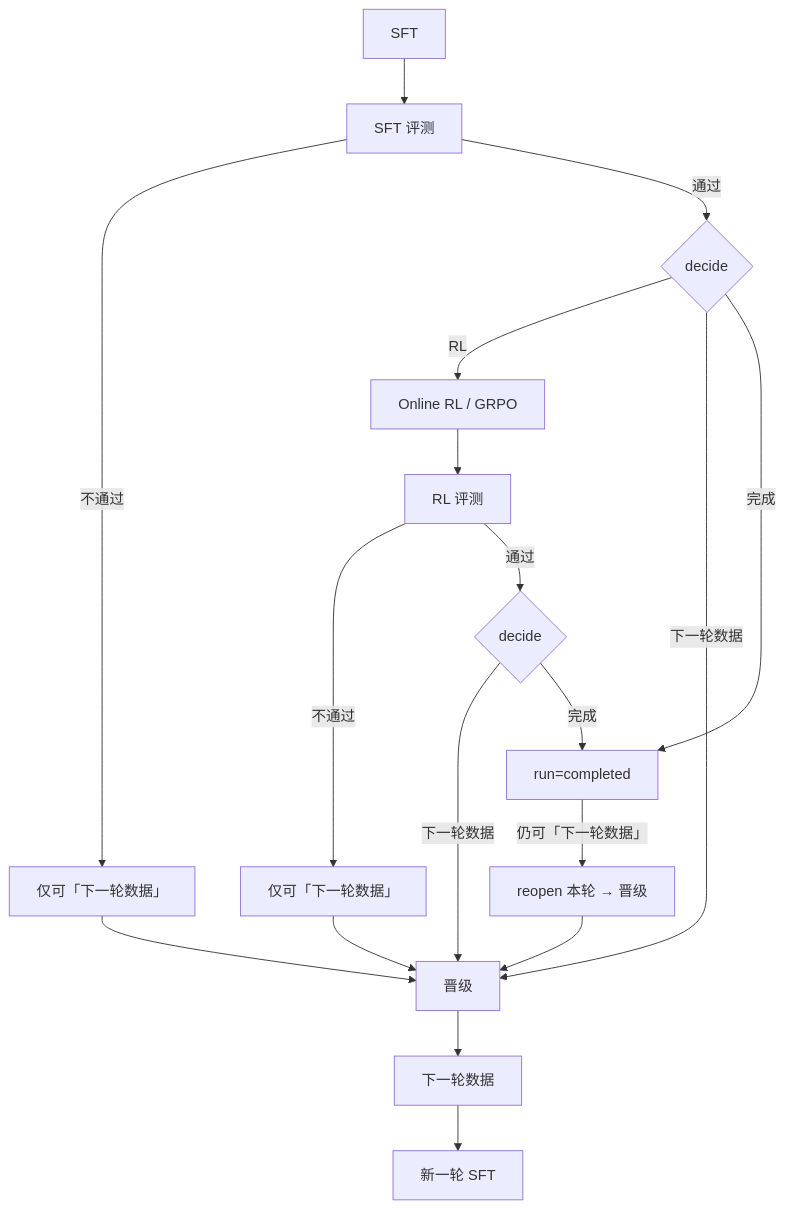
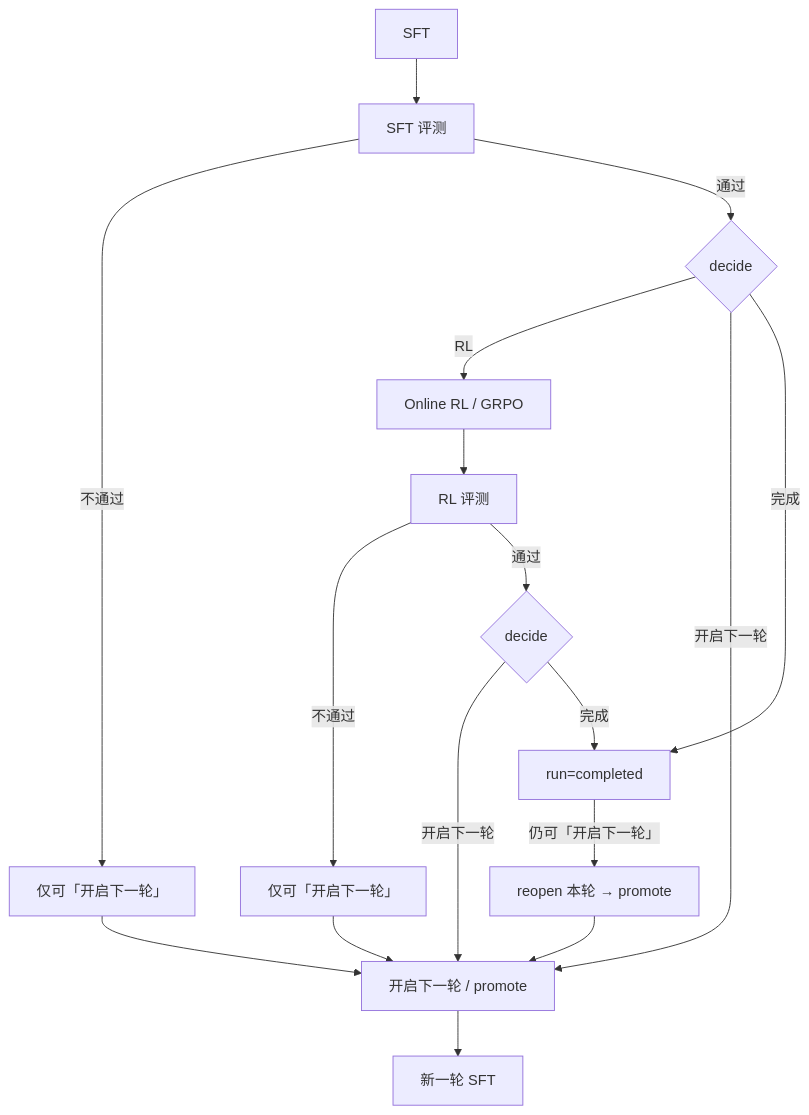
Before and after one commit to achievec/ms-swift: the diagram in docs/rsi/2026-10-22-multi-round-sft-rl.md, drawn with Mermaid. The commit also changed other lines of this file and 13 other files, not shown here.

First line of the commit message:
合并晋级与下一轮数据为「开启下一轮」，去掉流程图上的重复节点。

````diff
--- a/docs/rsi/2026-10-22-multi-round-sft-rl.md
+++ b/docs/rsi/2026-10-22-multi-round-sft-rl.md
@@ -20,20 +20,19 @@
 ```mermaid
 flowchart TD
   sft[SFT] --> se[SFT 评测]
-  se -->|不通过| miss[仅可「下一轮数据」]
+  se -->|不通过| miss[仅可「开启下一轮」]
   se -->|通过| gate{decide}
   gate -->|RL| rl[Online RL / GRPO]
-  gate -->|下一轮数据| promo[晋级]
+  gate -->|开启下一轮| promo[开启下一轮 / promote]
   gate -->|完成| done[run=completed]
   miss --> promo
   rl --> re[RL 评测]
-  re -->|不通过| rmiss[仅可「下一轮数据」]
+  re -->|不通过| rmiss[仅可「开启下一轮」]
   re -->|通过| rgate{decide}
-  rgate -->|下一轮数据| promo
+  rgate -->|开启下一轮| promo
   rgate -->|完成| done
   rmiss --> promo
-  done -->|仍可「下一轮数据」| reopen[reopen 本轮 → 晋级]
+  done -->|仍可「开启下一轮」| reopen[reopen 本轮 → promote]
   reopen --> promo
-  promo --> nxt[下一轮数据]
-  nxt --> sft2[新一轮 SFT]
+  promo --> sft2[新一轮 SFT]
 ```
````
